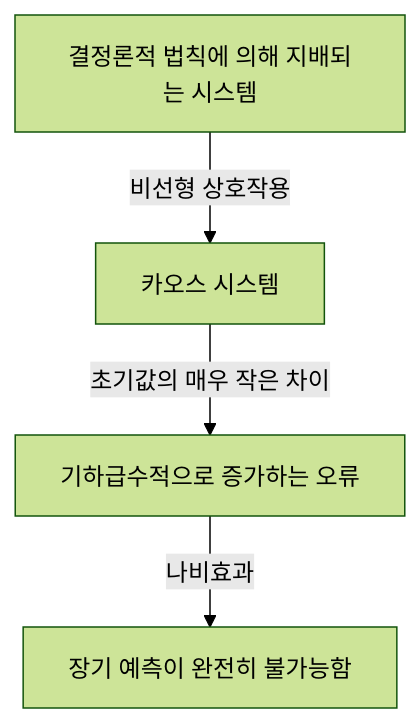
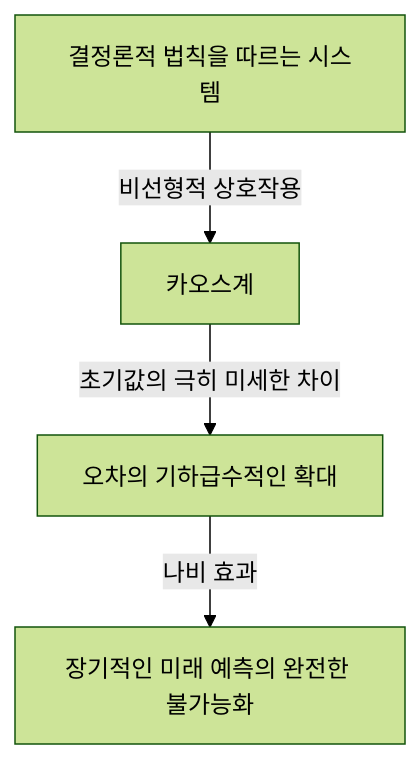
Before and after one commit to kenjinote/blog: the first of 2 diagrams in content/post/chaos-theory/index.ko.md, drawn with Mermaid (forest theme). The commit also changed other lines of this file and 97 other files, not shown here.

````diff
--- a/content/post/chaos-theory/index.ko.md
+++ b/content/post/chaos-theory/index.ko.md
@@ -38,6 +38,6 @@
 ```mermaid
 graph TD
-    A["결정론적 법칙에 의해 지배되는 시스템"] -->|"비선형 상호작용"| B["카오스 시스템"]
-    B -->|"초기값의 매우 작은 차이"| C["기하급수적으로 증가하는 오류"]
-    C -->|"나비효과"| D["장기 예측이 완전히 불가능함"]
+    A["결정론적 법칙을 따르는 시스템"] -->|"비선형적 상호작용"| B["카오스계"]
+    B -->|"초기값의 극히 미세한 차이"| C["오차의 기하급수적인 확대"]
+    C -->|"나비 효과"| D["장기적인 미래 예측의 완전한 불가능화"]
 ```
````
